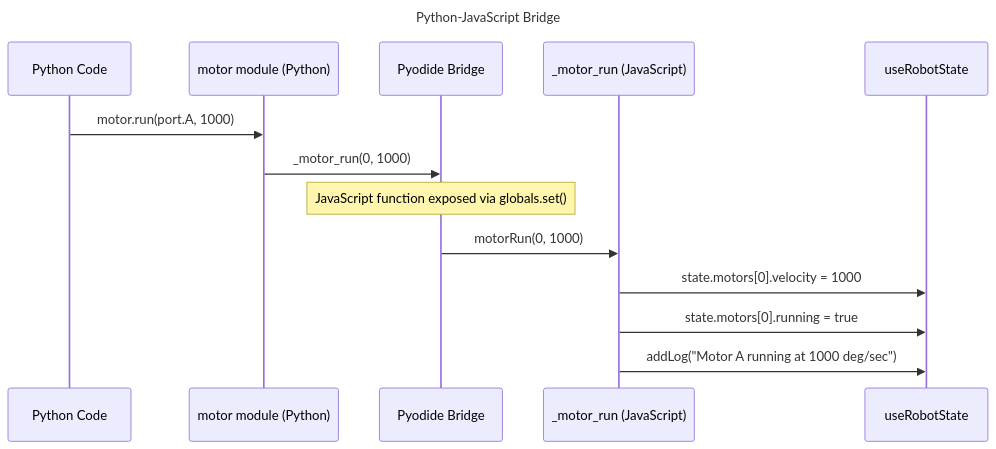
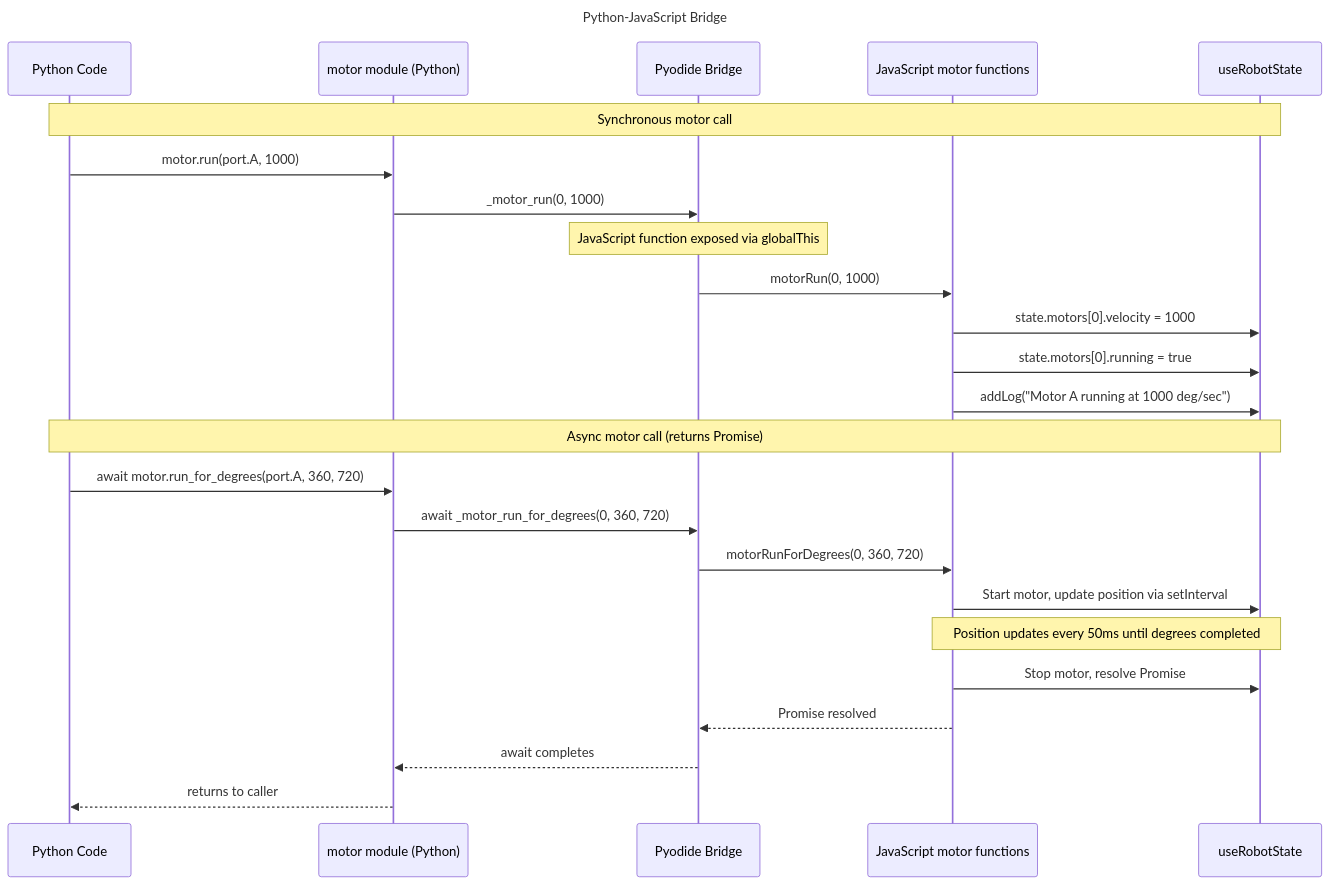
The seventh of 7 diagrams in docs/code_description.md (amanshaikh75/lego_spike_robot_simulator), drawn with Mermaid before and after one commit. The commit also changed other lines of this file, not shown here.

First line of the commit message:
Update code_description.md with motor.run_for_degrees and runloop docs

````diff
--- a/docs/code_description.md
+++ b/docs/code_description.md
@@ -334,17 +351,29 @@
 ```mermaid
 sequenceDiagram
     title Python-JavaScript Bridge
     participant Python as Python Code
     participant MotorPy as motor module (Python)
     participant Bridge as Pyodide Bridge
-    participant MotorJS as _motor_run (JavaScript)
+    participant MotorJS as JavaScript motor functions
     participant State as useRobotState
 
+    Note over Python,State: Synchronous motor call
     Python->>MotorPy: motor.run(port.A, 1000)
     MotorPy->>Bridge: _motor_run(0, 1000)
-    Note over Bridge: JavaScript function exposed via globals.set()
+    Note over Bridge: JavaScript function exposed via globalThis
     Bridge->>MotorJS: motorRun(0, 1000)
     MotorJS->>State: state.motors[0].velocity = 1000
     MotorJS->>State: state.motors[0].running = true
     MotorJS->>State: addLog("Motor A running at 1000 deg/sec")
+
+    Note over Python,State: Async motor call (returns Promise)
+    Python->>MotorPy: await motor.run_for_degrees(port.A, 360, 720)
+    MotorPy->>Bridge: await _motor_run_for_degrees(0, 360, 720)
+    Bridge->>MotorJS: motorRunForDegrees(0, 360, 720)
+    MotorJS->>State: Start motor, update position via setInterval
+    Note over MotorJS,State: Position updates every 50ms until degrees completed
+    MotorJS->>State: Stop motor, resolve Promise
+    MotorJS-->>Bridge: Promise resolved
+    Bridge-->>MotorPy: await completes
+    MotorPy-->>Python: returns to caller
 ```
````
